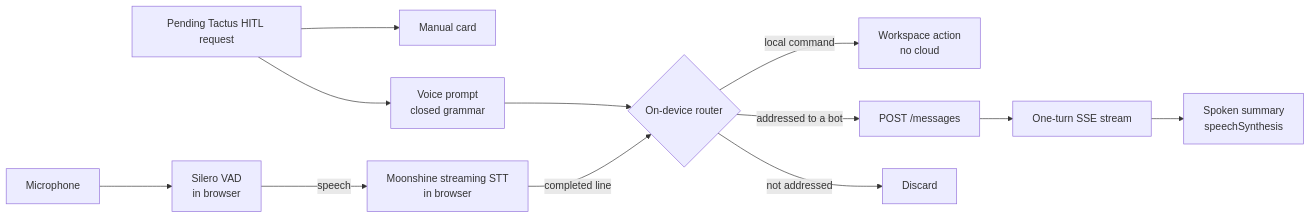
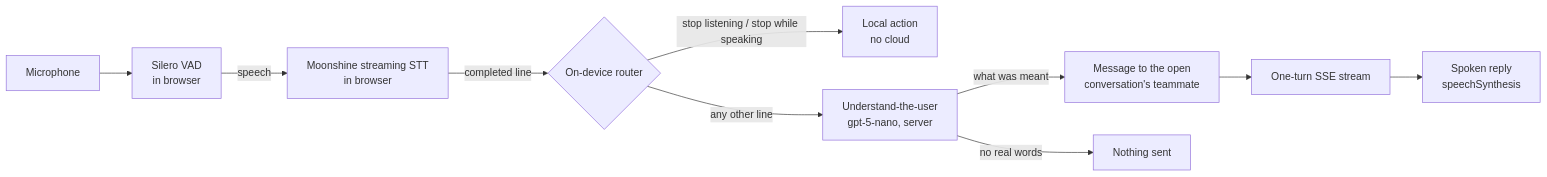
One commit to AnthusAI/Chatticus changed the diagram in docs/VOICE.md. Above: the diagram before and after it, drawn with Mermaid. The commit also changed other lines of this file and 17 other files, not shown here.

First line of the commit message:
feat(voice): no wake word, an understand-the-user step, and audible speech diagnostics (chatticus-64b6ec)

````diff
--- a/docs/VOICE.md
+++ b/docs/VOICE.md
@@ -121,14 +121,12 @@
 ```mermaid
 flowchart LR
-  HITL[Pending Tactus HITL request] --> Card[Manual card]
-  HITL --> Prompt[Voice prompt<br/>closed grammar]
-  Prompt --> Router
   Mic[Microphone] --> VAD[Silero VAD<br/>in browser]
   VAD -->|speech| STT[Moonshine streaming STT<br/>in browser]
   STT -->|completed line| Router{On-device router}
-  Router -->|local command| UI[Workspace action<br/>no cloud]
-  Router -->|addressed to a bot| Post[POST /messages]
-  Router -->|not addressed| Drop[Discard]
+  Router -->|stop listening / stop while speaking| UI[Local action<br/>no cloud]
+  Router -->|any other line| Understand[Understand-the-user<br/>gpt-5-nano, server]
+  Understand -->|what was meant| Post[Message to the open<br/>conversation's teammate]
+  Understand -->|no real words| Drop[Nothing sent]
   Post --> Turn[One-turn SSE stream]
-  Turn --> Speak[Spoken summary<br/>speechSynthesis]
+  Turn --> Speak[Spoken reply<br/>speechSynthesis]
 ```
````
